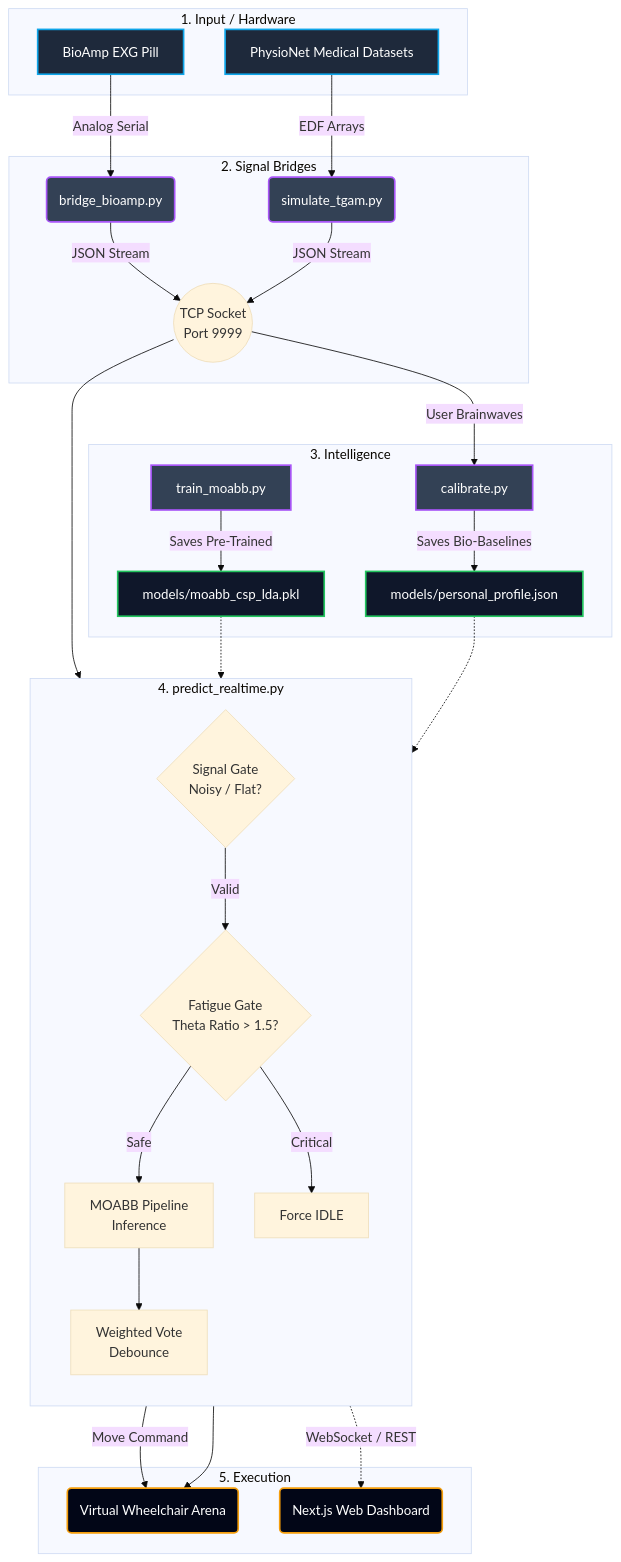
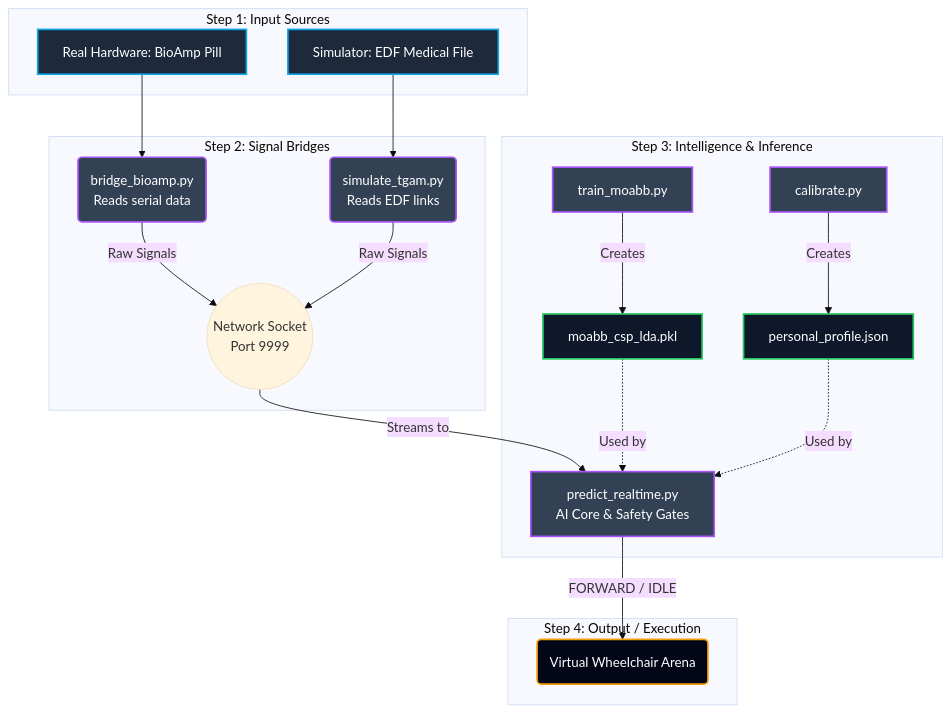
Before and after one commit to NAVEENKCG/Mind_Wave_AImodel: the diagram in visual_workflow.md, drawn with Mermaid (base theme). The commit also changed other lines of this file and 5 other files, not shown here.

First line of the commit message:
fix: REST vs MOTOR pipeline — v5.0 training + inference alignment

````diff
--- a/visual_workflow.md
+++ b/visual_workflow.md
@@ -5,67 +7,50 @@
 ```mermaid
 graph TD
     %% Styling Classes
     classDef hardware fill:#1e293b,stroke:#0ea5e9,stroke-width:2px,color:#fff
     classDef script fill:#334155,stroke:#a855f7,stroke-width:2px,color:#fff
     classDef model fill:#0f172a,stroke:#22c55e,stroke-width:2px,color:#fff
     classDef ui fill:#020617,stroke:#f59e0b,stroke-width:2px,color:#fff
 
-    subgraph Data Sources [1. Input / Hardware]
-        BIO[BioAmp EXG Pill]:::hardware
-        SIM[PhysioNet Medical Datasets]:::hardware
+    subgraph Step 1: Input Sources
+        BIO[Real Hardware: BioAmp Pill]:::hardware
+        SIM[Simulator: EDF Medical File]:::hardware
     end
 
-    subgraph Networking [2. Signal Bridges]
-        B_BIO(bridge_bioamp.py)
-        B_SIM(simulate_tgam.py)
-        TCP((TCP Socket<br/>Port 9999))
+    subgraph Step 2: Signal Bridges
+        B_BIO(bridge_bioamp.py<br/>Reads serial data)
+        B_SIM(simulate_tgam.py<br/>Reads EDF links)
+        TCP((Network Socket<br/>Port 9999))
         
-        BIO -->|Analog Serial| B_BIO
-        SIM -->|EDF Arrays| B_SIM
-        B_BIO -->|JSON Stream| TCP
-        B_SIM -->|JSON Stream| TCP
+        BIO --> B_BIO
+        SIM --> B_SIM
+        B_BIO -->|Raw Signals| TCP
+        B_SIM -->|Raw Signals| TCP
     end
 
-    subgraph Training & Brain Profiling [3. Intelligence]
+    subgraph Step 3: Intelligence & Inference
         TRAIN[train_moabb.py]:::script
         CAL[calibrate.py]:::script
-        MODEL[models/moabb_csp_lda.pkl]:::model
-        PROF[models/personal_profile.json]:::model
+        PREDICT[predict_realtime.py<br/>AI Core & Safety Gates]:::script
+        MODEL[moabb_csp_lda.pkl]:::model
+        PROF[personal_profile.json]:::model
         
-        TRAIN -->|Saves Pre-Trained| MODEL
-        TCP -->|User Brainwaves| CAL
-        CAL -->|Saves Bio-Baselines| PROF
+        TRAIN -->|Creates| MODEL
+        CAL -->|Creates| PROF
+        
+        TCP -->|Streams to| PREDICT
+        MODEL -.->|Used by| PREDICT
+        PROF -.->|Used by| PREDICT
     end
 
-    subgraph Inference Core [4. predict_realtime.py]
-        direction TB
-        GATE{Signal Gate<br/>Noisy / Flat?}
-        FATIGUE{Fatigue Gate<br/>Theta Ratio > 1.5?}
-        PREDICT[MOABB Pipeline<br/>Inference]
-        SMOOTH[Weighted Vote<br/>Debounce]
-        
-        TCP --> GATE
-        MODEL -.-> PREDICT
-        PROF -.-> FATIGUE
-        
-        GATE --Valid--> FATIGUE
-        FATIGUE --Safe--> PREDICT
-        FATIGUE --Critical--> STOP[Force IDLE]
-        PREDICT --> SMOOTH
-    end
-
-    subgraph Output [5. Execution]
+    subgraph Step 4: Output / Execution
         ARENA(Virtual Wheelchair Arena):::ui
-        WEB(Next.js Web Dashboard):::ui
-        
-        SMOOTH -->|Move Command| ARENA
-        SMOOTH -.->|WebSocket / REST| WEB
-        STOP --> ARENA
+        PREDICT -->|FORWARD / IDLE| ARENA
     end
 
     %% Class Attachments
     class BIO,SIM hardware
-    class B_BIO,B_SIM,TRAIN,CAL script
+    class B_BIO,B_SIM,TRAIN,CAL,PREDICT script
     class MODEL,PROF model
-    class ARENA,WEB ui
+    class ARENA ui
 ```
````
